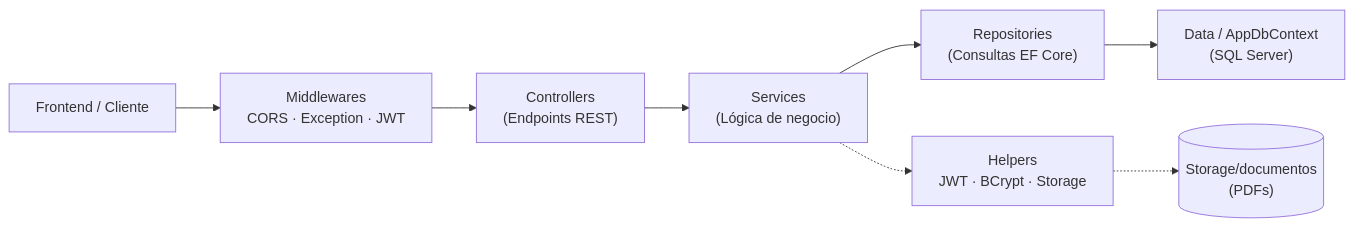
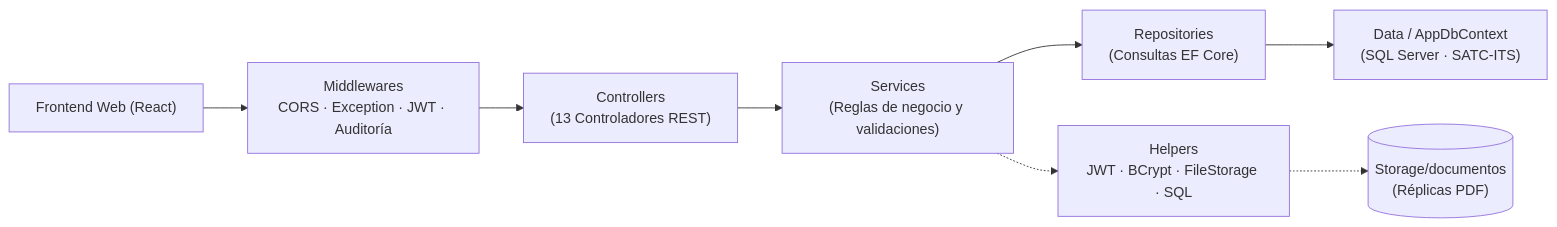
Before and after one commit to AnaMartinez26/Archivo-de-Tramite-y-Concentracion-ITS---Equipo-2: the diagram in Backend/README.md, drawn with Mermaid. The commit also changed other lines of this file and 2 other files, not shown here.

````diff
--- a/Backend/README.md
+++ b/Backend/README.md
@@ -20,11 +21,11 @@
 ```mermaid
 flowchart LR
-    Client["Frontend / Cliente"] --> MW["Middlewares<br/>CORS · Exception · JWT"]
-    MW --> Ctrl["Controllers<br/>(Endpoints REST)"]
-    Ctrl --> Svc["Services<br/>(Lógica de negocio)"]
+    Client["Frontend Web (React)"] --> MW["Middlewares<br/>CORS · Exception · JWT · Auditoría"]
+    MW --> Ctrl["Controllers<br/>(13 Controladores REST)"]
+    Ctrl --> Svc["Services<br/>(Reglas de negocio y validaciones)"]
     Svc --> Repo["Repositories<br/>(Consultas EF Core)"]
-    Repo --> Db["Data / AppDbContext<br/>(SQL Server)"]
+    Repo --> Db["Data / AppDbContext<br/>(SQL Server · SATC-ITS)"]
 
-    Svc -.-> Helpers["Helpers<br/>JWT · BCrypt · Storage"]
-    Helpers -.-> Files[("Storage/documentos<br/>(PDFs)")]
+    Svc -.-> Helpers["Helpers<br/>JWT · BCrypt · FileStorage · SQL"]
+    Helpers -.-> Files[("Storage/documentos<br/>(Réplicas PDF)")]
 ```
````
